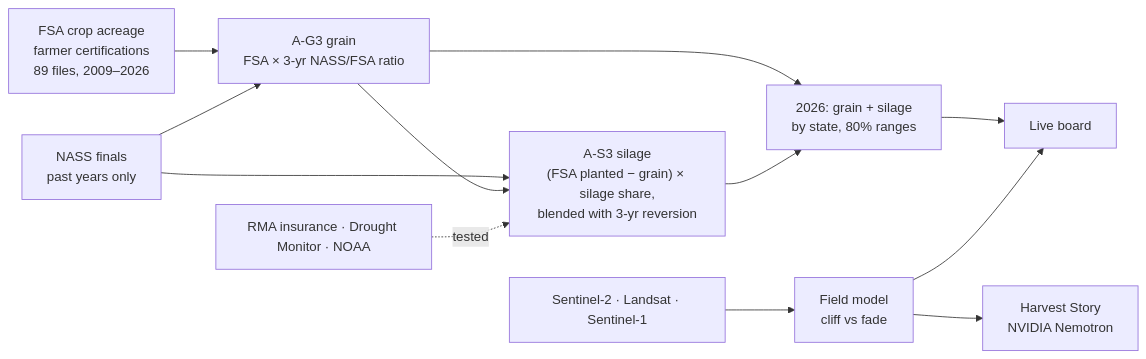
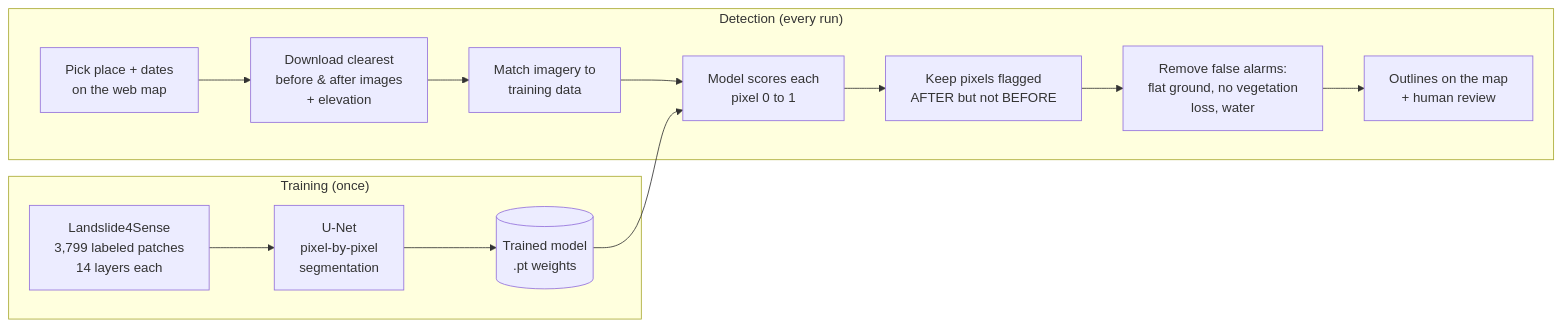
Before and after one commit to rakd23/nepal-landslide-detector: the diagram in README.md, drawn with Mermaid. The commit also changed other lines of this file and 4 other files, not shown here.

````diff
--- a/README.md
+++ b/README.md
@@ -57,14 +20,16 @@
 ```mermaid
 flowchart LR
-  FSA["FSA crop acreage<br/>farmer certifications<br/>89 files, 2009–2026"] --> G["A-G3 grain<br/>FSA × 3-yr NASS/FSA ratio"]
-  HIST["NASS finals<br/>past years only"] --> G
-  HIST --> S
-  G --> S["A-S3 silage<br/>(FSA planted − grain) × silage share,<br/>blended with 3-yr reversion"]
-  RMA["RMA insurance · Drought Monitor · NOAA"] -.tested.-> S
-  G --> OUT["2026: grain + silage<br/>by state, 80% ranges"]
-  S --> OUT
-  S2["Sentinel-2 · Landsat · Sentinel-1"] --> F["Field model<br/>cliff vs fade"]
-  F --> STORY["Harvest Story<br/>NVIDIA Nemotron"]
-  OUT --> BOARD["Live board"]
-  F --> BOARD
+    subgraph Training ["Training (once)"]
+        A[Landslide4Sense<br/>3,799 labeled patches<br/>14 layers each] --> B[U-Net<br/>pixel-by-pixel<br/>segmentation]
+        B --> C[(Trained model<br/>.pt weights)]
+    end
+    subgraph Detection ["Detection (every run)"]
+        D[Pick place + dates<br/>on the web map] --> E[Download clearest<br/>before & after images<br/>+ elevation]
+        E --> F[Match imagery to<br/>training data]
+        F --> G[Model scores each<br/>pixel 0 to 1]
+        C --> G
+        G --> H[Keep pixels flagged<br/>AFTER but not BEFORE]
+        H --> I[Remove false alarms:<br/>flat ground, no vegetation<br/>loss, water]
+        I --> J[Outlines on the map<br/>+ human review]
+    end
 ```
````
